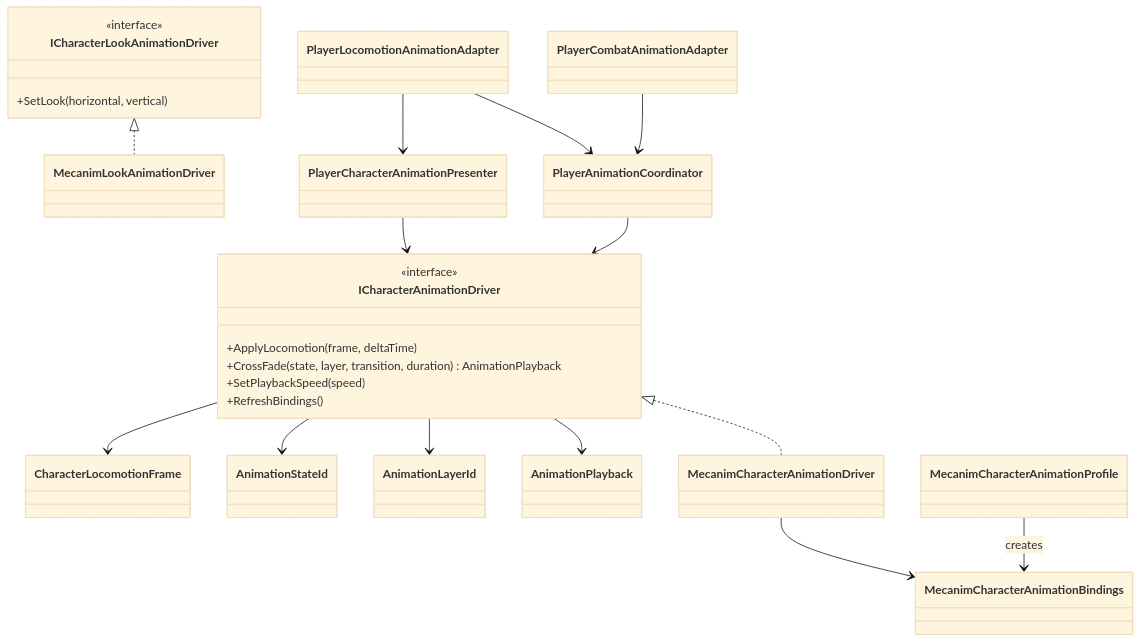
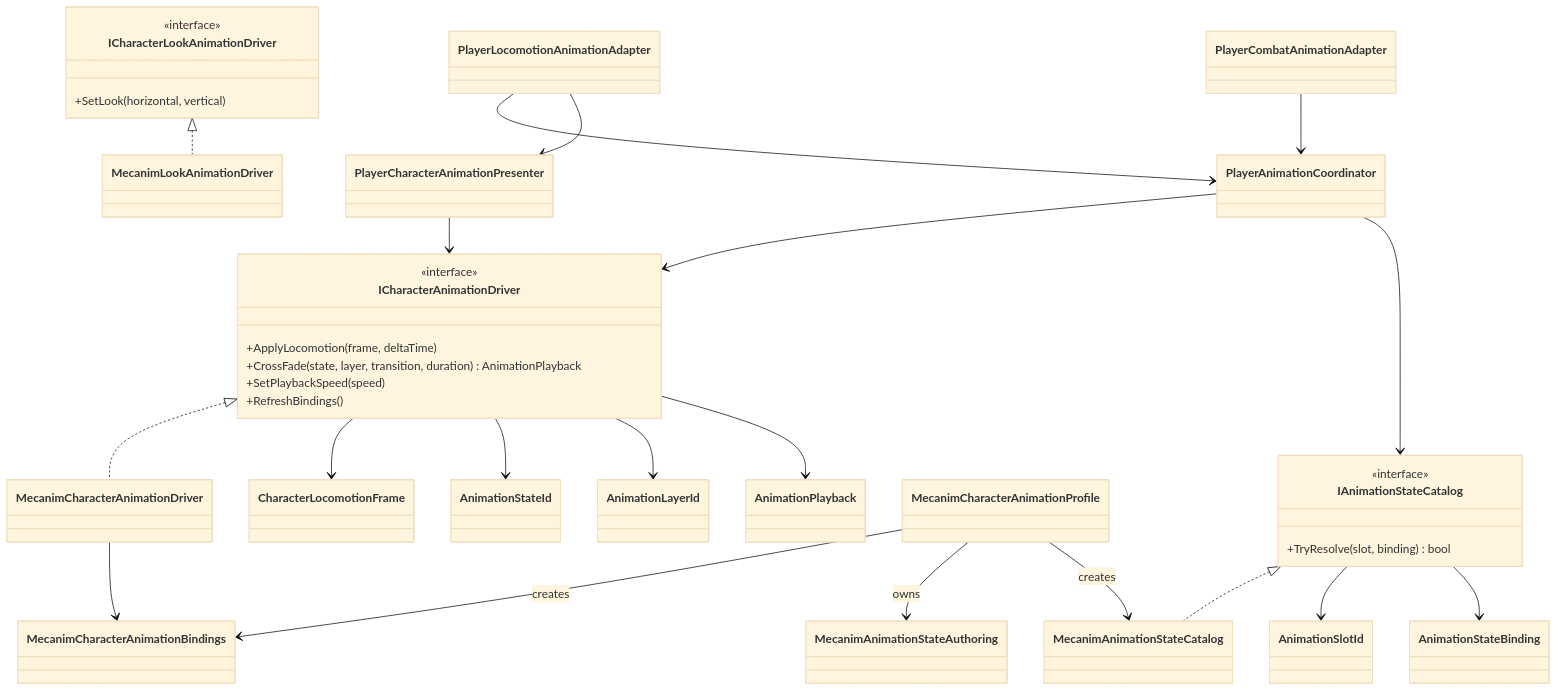
One commit to MaximFonariuc/project-s changed the diagram in Assets/_App/Modules/Animation/README.md. Above: the diagram before and after it, drawn with Mermaid (base theme). The commit also changed other lines of this file and 25 other files, not shown here.

Commit message:
refactor: add semantic animation catalog

````diff
--- a/Assets/_App/Modules/Animation/README.md
+++ b/Assets/_App/Modules/Animation/README.md
@@ -9,42 +9,57 @@
 ```mermaid
 classDiagram
     class ICharacterAnimationDriver {
         <<interface>>
         +ApplyLocomotion(frame, deltaTime)
         +CrossFade(state, layer, transition, duration) AnimationPlayback
         +SetPlaybackSpeed(speed)
         +RefreshBindings()
     }
 
     class ICharacterLookAnimationDriver {
         <<interface>>
         +SetLook(horizontal, vertical)
     }
 
+    class IAnimationStateCatalog {
+        <<interface>>
+        +TryResolve(slot, binding) bool
+    }
+
     class CharacterLocomotionFrame
+    class AnimationSlotId
     class AnimationStateId
     class AnimationLayerId
+    class AnimationStateBinding
     class AnimationPlayback
     class MecanimCharacterAnimationBindings
     class MecanimCharacterAnimationProfile
+    class MecanimAnimationStateCatalog
+    class MecanimAnimationStateAuthoring
     class MecanimCharacterAnimationDriver
     class MecanimLookAnimationDriver
     class PlayerCharacterAnimationPresenter
     class PlayerAnimationCoordinator
     class PlayerLocomotionAnimationAdapter
     class PlayerCombatAnimationAdapter
 
     ICharacterAnimationDriver <|.. MecanimCharacterAnimationDriver
     ICharacterLookAnimationDriver <|.. MecanimLookAnimationDriver
     MecanimCharacterAnimationDriver --> MecanimCharacterAnimationBindings
     MecanimCharacterAnimationProfile --> MecanimCharacterAnimationBindings : creates
+    MecanimCharacterAnimationProfile --> MecanimAnimationStateAuthoring : owns
+    MecanimCharacterAnimationProfile --> MecanimAnimationStateCatalog : creates
+    IAnimationStateCatalog <|.. MecanimAnimationStateCatalog
+    IAnimationStateCatalog --> AnimationSlotId
+    IAnimationStateCatalog --> AnimationStateBinding
     ICharacterAnimationDriver --> CharacterLocomotionFrame
     ICharacterAnimationDriver --> AnimationStateId
     ICharacterAnimationDriver --> AnimationLayerId
     ICharacterAnimationDriver --> AnimationPlayback
     PlayerCharacterAnimationPresenter --> ICharacterAnimationDriver
     PlayerLocomotionAnimationAdapter --> PlayerAnimationCoordinator
     PlayerLocomotionAnimationAdapter --> PlayerCharacterAnimationPresenter
     PlayerCombatAnimationAdapter --> PlayerAnimationCoordinator
     PlayerAnimationCoordinator --> ICharacterAnimationDriver
+    PlayerAnimationCoordinator --> IAnimationStateCatalog
 ```
````
